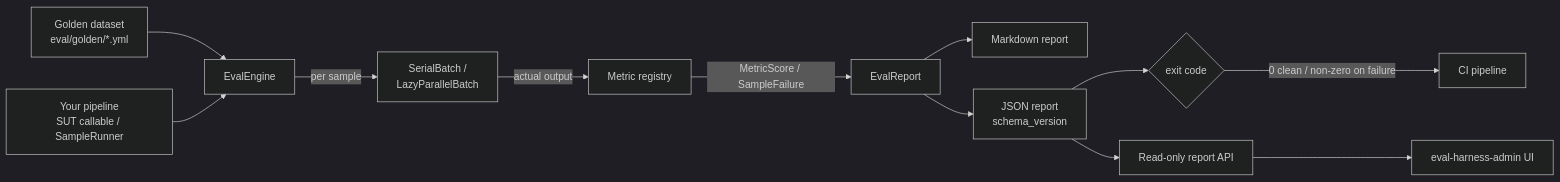
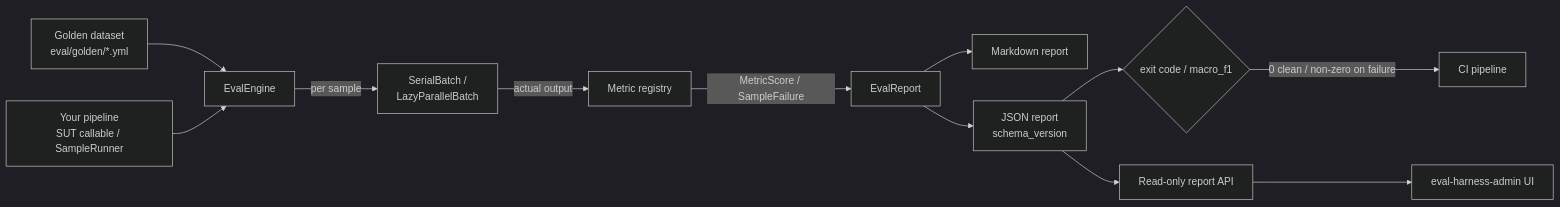
The diagram in docs-site/docs/index.md (padosoft/eval-harness), drawn with Mermaid (dark theme) before and after one commit. The commit also changed other lines of this file and 2 other files, not shown here.

````diff
--- a/docs-site/docs/index.md
+++ b/docs-site/docs/index.md
@@ -36,14 +205,14 @@
 ```mermaid
 flowchart LR
     DS[Golden dataset<br/>eval/golden/*.yml] --> ENG[EvalEngine]
     SUT[Your pipeline<br/>SUT callable / SampleRunner] --> ENG
     ENG -->|per sample| BATCH[SerialBatch /<br/>LazyParallelBatch]
     BATCH -->|actual output| MET[Metric registry]
     MET -->|MetricScore / SampleFailure| REP[EvalReport]
     REP --> MD[Markdown report]
     REP --> JSON[JSON report<br/>schema_version]
-    JSON --> GATE{exit code}
+    JSON --> GATE{exit code / macro_f1}
     GATE -->|0 clean / non-zero on failure| CI[CI pipeline]
     JSON --> API[Read-only report API]
     API --> UI[eval-harness-admin UI]
 ```
````
